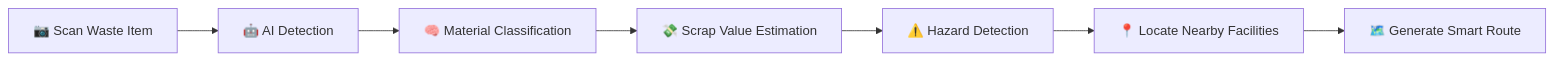
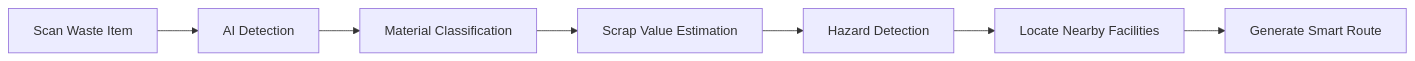
Before and after one commit to JudeGaringalo/MalunggayPandesal-Recicla: the diagram in README.md, drawn with Mermaid. The commit also changed other lines of this file, not shown here.

````diff
--- a/README.md
+++ b/README.md
@@ -175,9 +177,9 @@
 ```mermaid
 flowchart LR
-    A[📷 Scan Waste Item] --> B[🤖 AI Detection]
-    B --> C[🧠 Material Classification]
-    C --> D[💸 Scrap Value Estimation]
-    D --> E[⚠️ Hazard Detection]
-    E --> F[📍 Locate Nearby Facilities]
-    F --> G[🗺️ Generate Smart Route]
+    A[Scan Waste Item] --> B[AI Detection]
+    B --> C[Material Classification]
+    C --> D[Scrap Value Estimation]
+    D --> E[Hazard Detection]
+    E --> F[Locate Nearby Facilities]
+    F --> G[Generate Smart Route]
 ```
````
